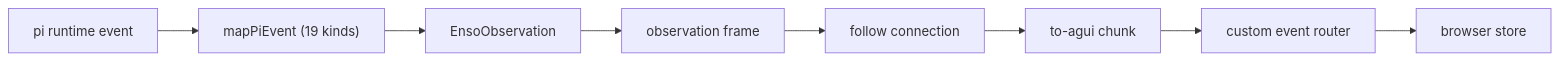
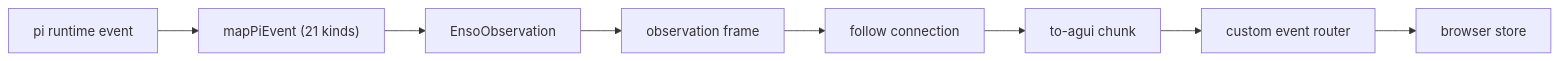
Before and after one commit to dopamine911/enso-harness: the second of 2 diagrams in docs/reference/flows.md, drawn with Mermaid. The commit also changed other lines of this file and 31 other files, not shown here.

````diff
--- a/docs/reference/flows.md
+++ b/docs/reference/flows.md
@@ -41,11 +41,11 @@
 ```mermaid
 flowchart LR
   Pi["pi runtime event"]
-  Pi --> Mapper["mapPiEvent (19 kinds)"]
+  Pi --> Mapper["mapPiEvent (21 kinds)"]
   Mapper --> Schema["EnsoObservation"]
   Schema --> Frame["observation frame"]
   Frame --> Connection["follow connection"]
   Connection --> Adapter["to-agui chunk"]
   Adapter --> Router["custom event router"]
   Router --> Store["browser store"]
 ```
````
